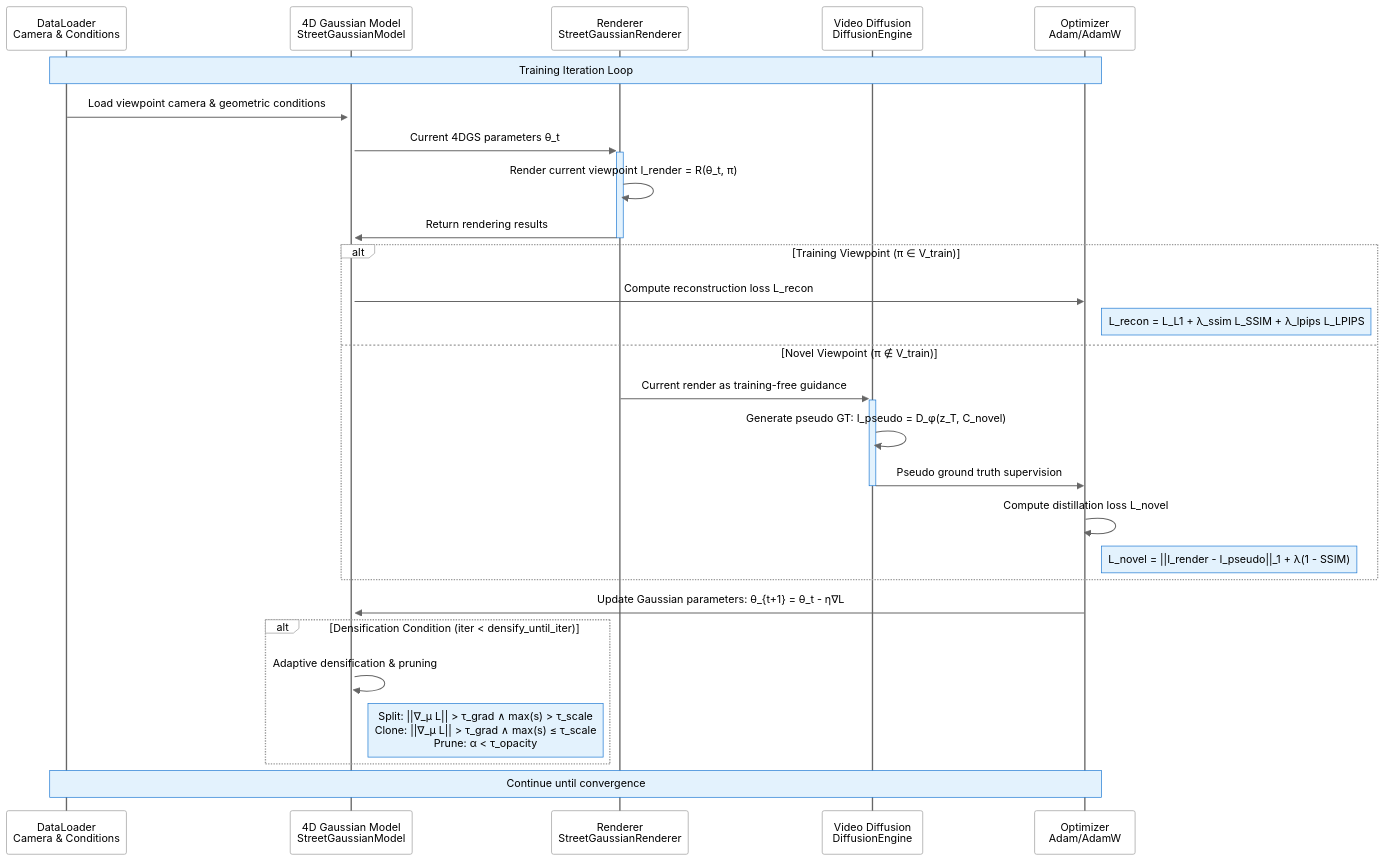
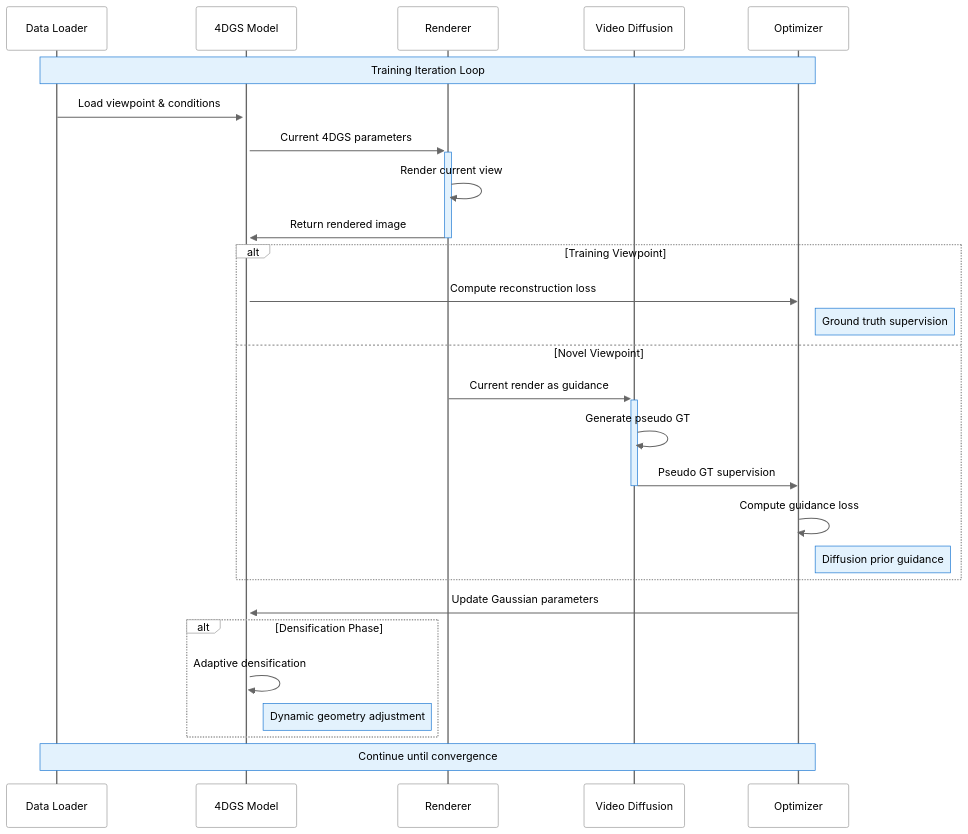
The diagram in figures/mmd/training_pipeline.mmd (charles1614/thuthesis), drawn with Mermaid before and after one commit. The commit also changed 14 other files, not shown here.

```diff
--- a/figures/mmd/training_pipeline.mmd
+++ b/figures/mmd/training_pipeline.mmd
@@ -1,34 +1,34 @@
 %%{init: {'theme':'base', 'themeVariables': {'primaryColor':'#FFFFFF','primaryTextColor':'#000','primaryBorderColor':'#999999','lineColor':'#666','secondaryColor':'#F5F5F5','tertiaryColor':'#FFFFFF','noteBkgColor':'#E3F2FD','noteBorderColor':'#1976D2','noteTextColor':'#000','actorBkg':'#FFFFFF','actorBorder':'#999999','actorTextColor':'#000','actorLineColor':'#666','signalColor':'#666','signalTextColor':'#000','labelBoxBkgColor':'#FFFFFF','labelBoxBorderColor':'#999999','labelTextColor':'#000','loopTextColor':'#000','activationBorderColor':'#1976D2','activationBkgColor':'#E3F2FD','sequenceNumberColor':'#FFF'}}}%%
 sequenceDiagram
-    participant DL as DataLoader<br/>Camera & Conditions
-    participant GS as 4D Gaussian Model<br/>StreetGaussianModel
-    participant RN as Renderer<br/>StreetGaussianRenderer
-    participant VD as Video Diffusion<br/>DiffusionEngine
-    participant OP as Optimizer<br/>Adam/AdamW
+    participant DL as Data Loader
+    participant GS as 4DGS Model
+    participant RN as Renderer
+    participant VD as Video Diffusion
+    participant OP as Optimizer
     
     Note over DL,OP: Training Iteration Loop
     
-    DL->>+GS: Load viewpoint camera & geometric conditions
-    GS->>+RN: Current 4DGS parameters θ_t
-    RN->>RN: Render current viewpoint I_render = R(θ_t, π)
-    RN->>-GS: Return rendering results
+    DL->>+GS: Load viewpoint & conditions
+    GS->>+RN: Current 4DGS parameters
+    RN->>RN: Render current view
+    RN->>-GS: Return rendered image
     
-    alt Training Viewpoint (π ∈ V_train)
-        GS->>OP: Compute reconstruction loss L_recon
-        Note right of OP: L_recon = L_L1 + λ_ssim L_SSIM + λ_lpips L_LPIPS
-    else Novel Viewpoint (π ∉ V_train)
-        RN->>+VD: Current render as training-free guidance
-        VD->>VD: Generate pseudo GT: I_pseudo = D_φ(z_T, C_novel)
-        VD->>-OP: Pseudo ground truth supervision
-        OP->>OP: Compute distillation loss L_novel
-        Note right of OP: L_novel = ||I_render - I_pseudo||_1 + λ(1 - SSIM)
+    alt Training Viewpoint
+        GS->>OP: Compute reconstruction loss
+        Note right of OP: Ground truth supervision
+    else Novel Viewpoint
+        RN->>+VD: Current render as guidance
+        VD->>VD: Generate pseudo GT
+        VD->>-OP: Pseudo GT supervision
+        OP->>OP: Compute guidance loss
+        Note right of OP: Diffusion prior guidance
     end
     
-    OP->>GS: Update Gaussian parameters: θ_{t+1} = θ_t - η∇L
+    OP->>GS: Update Gaussian parameters
     
-    alt Densification Condition (iter < densify_until_iter)
-        GS->>GS: Adaptive densification & pruning
-        Note right of GS: Split: ||∇_μ L|| > τ_grad ∧ max(s) > τ_scale<br/>Clone: ||∇_μ L|| > τ_grad ∧ max(s) ≤ τ_scale<br/>Prune: α < τ_opacity
+    alt Densification Phase
+        GS->>GS: Adaptive densification
+        Note right of GS: Dynamic geometry adjustment
     end
     
     Note over DL,OP: Continue until convergence
```
